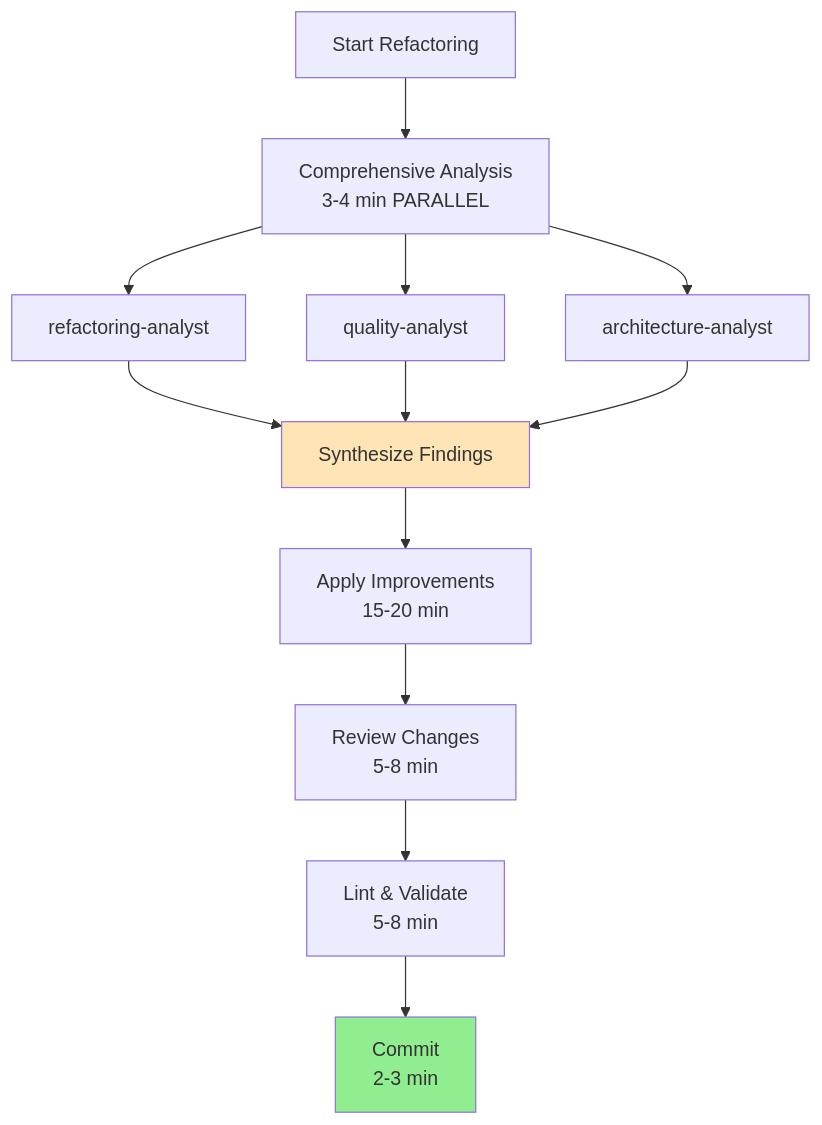
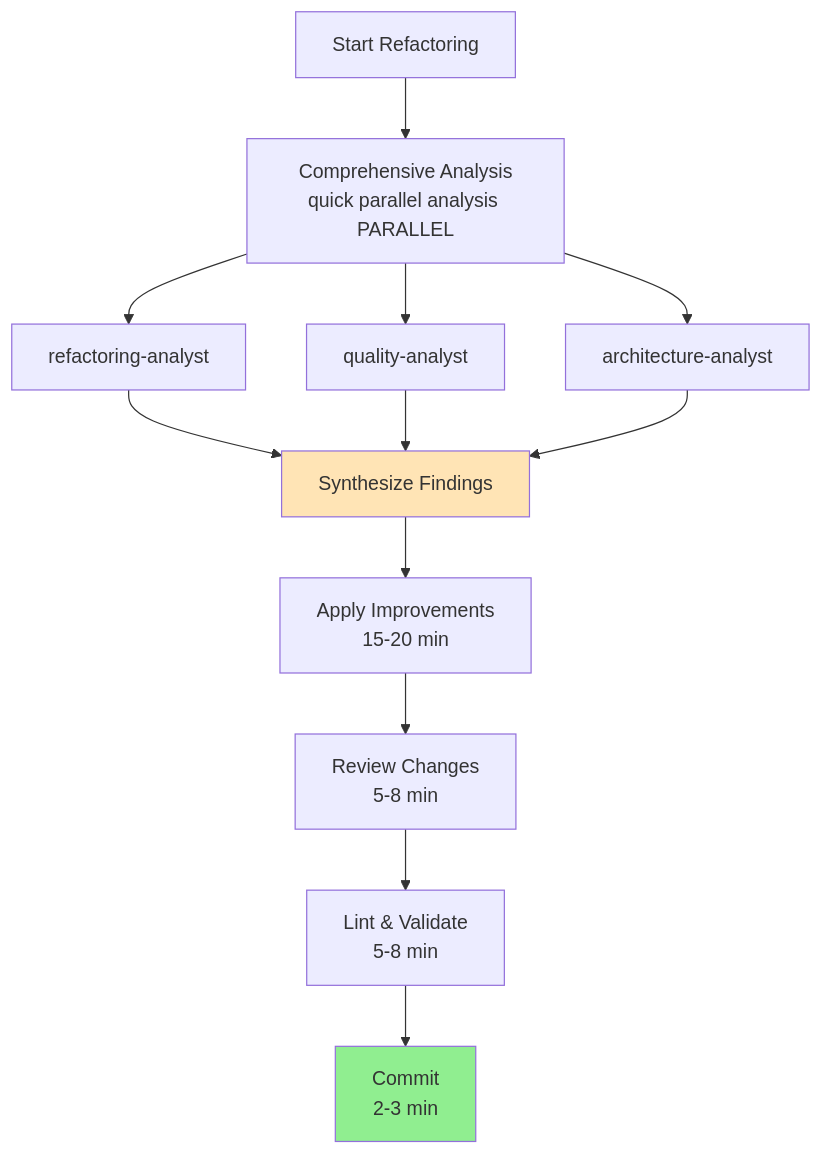
Before and after one commit to thomasholknielsen/claude-code-config: the fourth of 8 diagrams in docs/typical-workflows.md, drawn with Mermaid. The commit also changed other lines of this file and 8 other files, not shown here.

````diff
--- a/docs/typical-workflows.md
+++ b/docs/typical-workflows.md
@@ -330,17 +330,17 @@
 ```mermaid
 graph TD
-    A[Start Refactoring] --> B[Comprehensive Analysis<br/>3-4 min PARALLEL]
+    A[Start Refactoring] --> B[Comprehensive Analysis<br/>quick parallel analysis PARALLEL]
     B --> C1[refactoring-analyst]
     B --> C2[quality-analyst]
     B --> C3[architecture-analyst]
     C1 --> D[Synthesize Findings]
     C2 --> D
     C3 --> D
     D --> E[Apply Improvements<br/>15-20 min]
     E --> F[Review Changes<br/>5-8 min]
     F --> G[Lint & Validate<br/>5-8 min]
     G --> H[Commit<br/>2-3 min]
 
     style D fill:#FFE4B5
     style H fill:#90EE90
 ```
````
